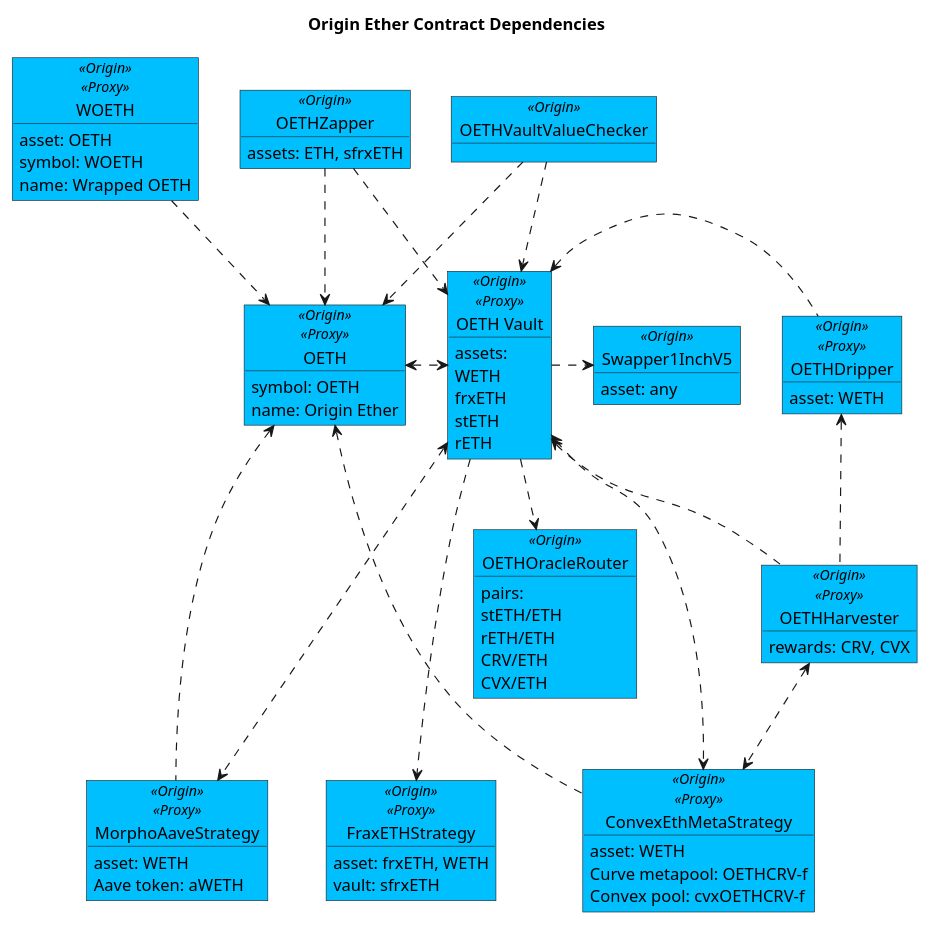
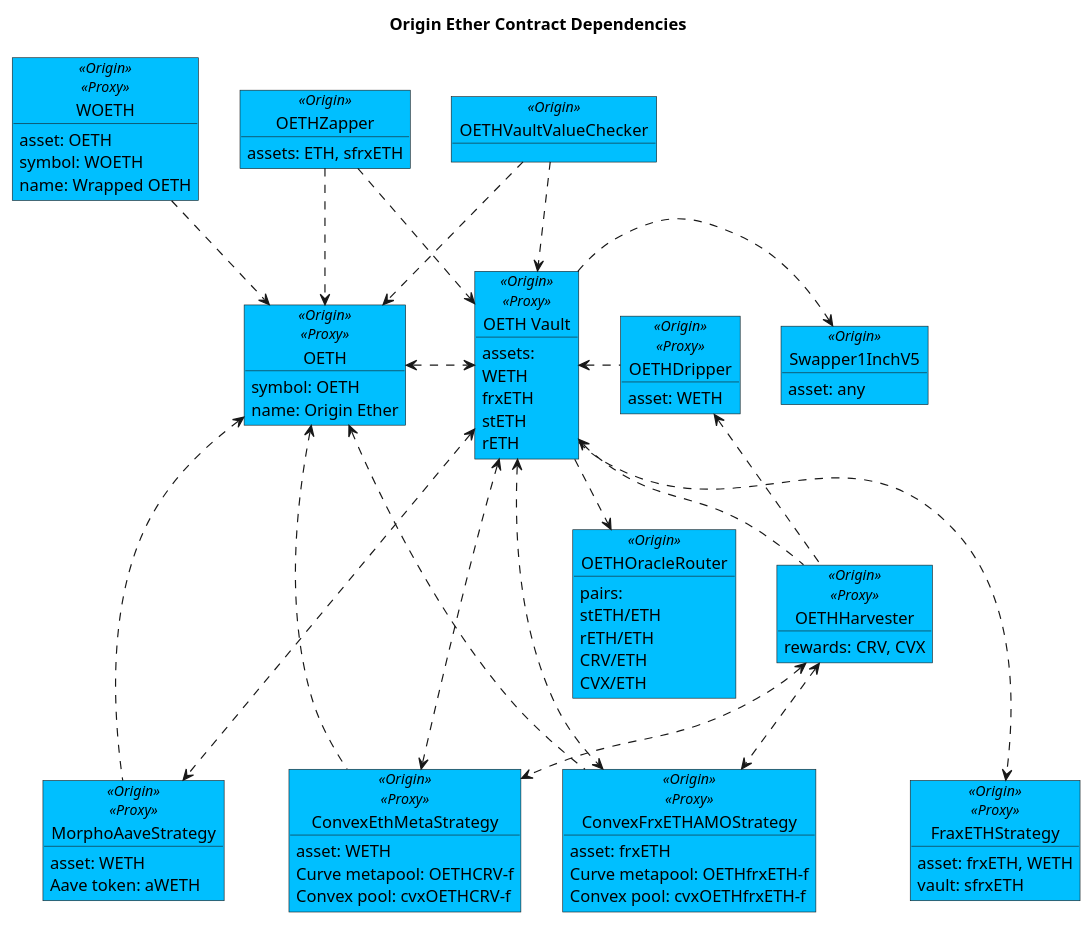
The diagram in contracts/docs/plantuml/oethContracts.puml (OriginProtocol/origin-dollar), drawn with PlantUML before and after one commit. The commit also changed 1 other file, not shown here.

Commit message:
Added new ConvexFrxETHAMOStrategy to OETH contracts diagram

```diff
--- a/contracts/docs/plantuml/oethContracts.puml
+++ b/contracts/docs/plantuml/oethContracts.puml
@@ -53,6 +53,11 @@
 object "MorphoAaveStrategy" as morphAaveStrat <<Origin>><<Proxy>> #DeepSkyBlue {
     asset: WETH
     Aave token: aWETH
+}
+object "ConvexFrxETHAMOStrategy" as frxAMOStrat <<Origin>><<Proxy>> #DeepSkyBlue {
+    asset: frxETH
+    Curve metapool: OETHfrxETH-f
+    Convex pool: cvxOETHfrxETH-f
 }
 
 ' Oracle
@@ -182,6 +187,10 @@
 oethv <...> cvxStrat
 oeth <... cvxStrat
 
+harv <..> frxAMOStrat
+oethv <...> frxAMOStrat
+oeth <... frxAMOStrat
+
 ' cvxStrat ..> crvPool
 ' cvxStrat ..> cvxPool
 ' cvxStrat ...> weth
```
